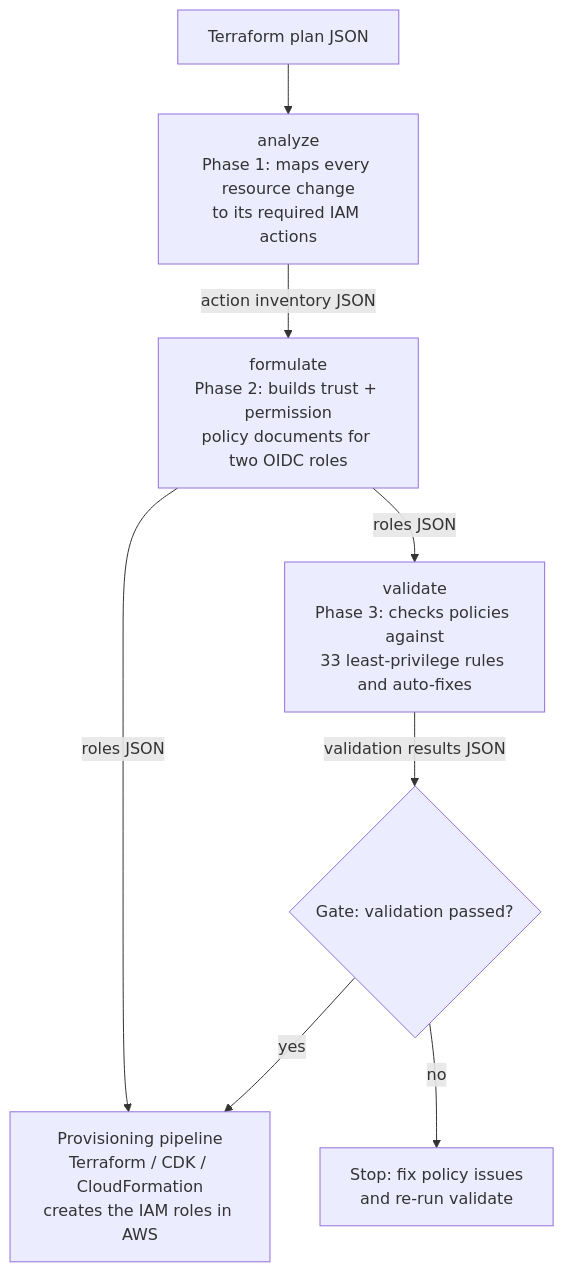
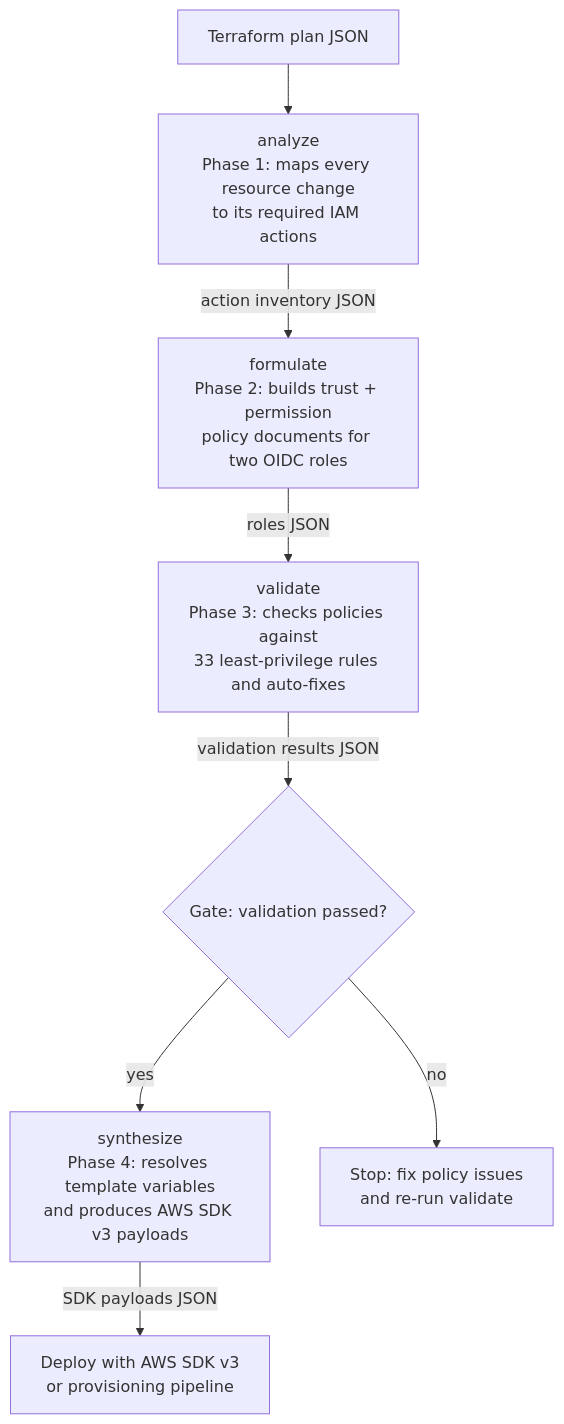
The diagram in docs/README.md (zpratt/lousy-iam), drawn with Mermaid before and after one commit. The commit also changed other lines of this file and 3 other files, not shown here.

````diff
--- a/docs/README.md
+++ b/docs/README.md
@@ -34,10 +35,10 @@
 ```mermaid
 flowchart TD
     A[Terraform plan JSON] --> B[analyze\nPhase 1: maps every resource change\nto its required IAM actions]
     B -->|action inventory JSON| C[formulate\nPhase 2: builds trust + permission\npolicy documents for two OIDC roles]
     C -->|roles JSON| D[validate\nPhase 3: checks policies against\n33 least-privilege rules and auto-fixes]
-    C -->|roles JSON| E[Provisioning pipeline\nTerraform / CDK / CloudFormation\ncreates the IAM roles in AWS]
-    D -->|validation results JSON| F{Gate: validation passed?}
-    F -->|yes| E
-    F -->|no| G[Stop: fix policy issues\nand re-run validate]
+    D -->|validation results JSON| E{Gate: validation passed?}
+    E -->|yes| F[synthesize\nPhase 4: resolves template variables\nand produces AWS SDK v3 payloads]
+    E -->|no| G[Stop: fix policy issues\nand re-run validate]
+    F -->|SDK payloads JSON| H[Deploy with AWS SDK v3\nor provisioning pipeline]
 ```
````
